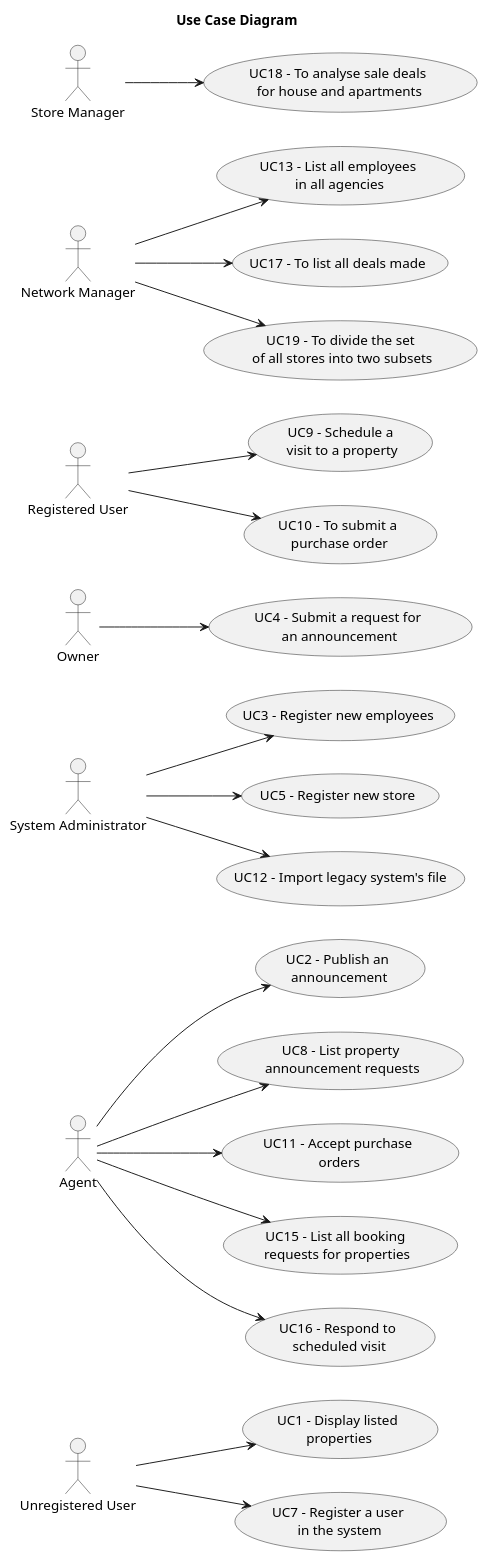
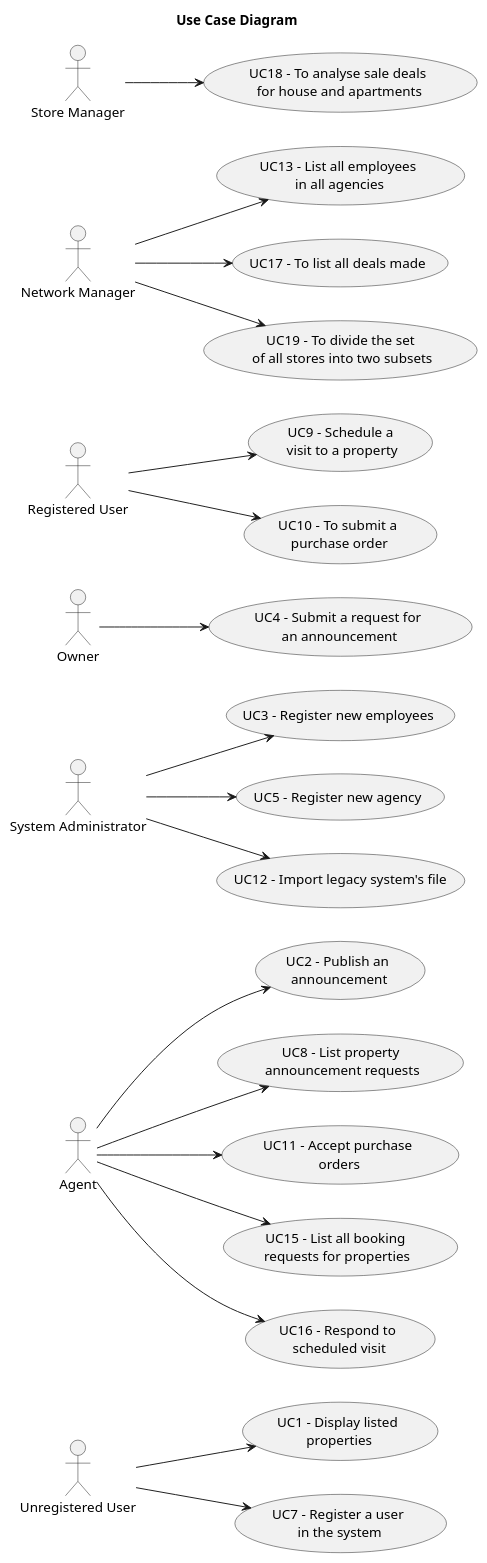
Before and after one commit to rita-barbosa/LAPR2-2223: the diagram in docs/sprintD/global-artifacts/01.requirements-engineering/puml/use-case-diagram.puml, drawn with PlantUML. The commit also changed 2 other files, not shown here.

```diff
--- a/docs/sprintD/global-artifacts/01.requirements-engineering/puml/use-case-diagram.puml
+++ b/docs/sprintD/global-artifacts/01.requirements-engineering/puml/use-case-diagram.puml
@@ -1,49 +1,49 @@
 @startuml
 'skinparam monochrome true
 skinparam packageStyle rectangle
 'skinparam shadowing false
 
 skinparam rectangle{
     BorderColor yellow
 }
 
 title Use Case Diagram
 
 left to right direction
 
     usecase "UC1 - Display listed\n properties" as UC1
         "Unregistered User" --> UC1
     usecase "UC2 - Publish an\n announcement" as UC2
         "Agent" --> UC2
     usecase "UC3 - Register new employees" as UC3
         "System Administrator" --> UC3
     usecase "UC4 - Submit a request for\n an announcement" as UC4
         "Owner" --> UC4
-    usecase "UC5 - Register new store" as UC5
+    usecase "UC5 - Register new agency" as UC5
         "System Administrator" --> UC5
     usecase "UC7 - Register a user\n in the system" as UC7
         "Unregistered User" --> UC7
     usecase "UC8 - List property\n announcement requests" as UC8
        "Agent" --> UC8
     usecase "UC9 - Schedule a\n visit to a property" as UC9
        "Registered User" --> UC9
     usecase "UC10 - To submit a\n purchase order" as UC10
        "Registered User" --> UC10
     usecase "UC11 - Accept purchase\n orders" as UC11
        "Agent" --> UC11
     usecase "UC12 - Import legacy system's file" as UC12
        "System Administrator" --> UC12
     usecase "UC13 - List all employees\n in all agencies" as UC13
        "Network Manager" --> UC13
     usecase "UC15 - List all booking\n requests for properties" as UC15
        "Agent" --> UC15
     usecase "UC16 - Respond to\n scheduled visit" as UC16
        "Agent" --> UC16
     usecase "UC17 - To list all deals made" as UC17
        "Network Manager" --> UC17
     usecase "UC18 - To analyse sale deals\n for house and apartments" as UC18
        "Store Manager" --> UC18
     usecase "UC19 - To divide the set\n of all stores into two subsets" as UC19
        "Network Manager" --> UC19
 
 @enduml
```
